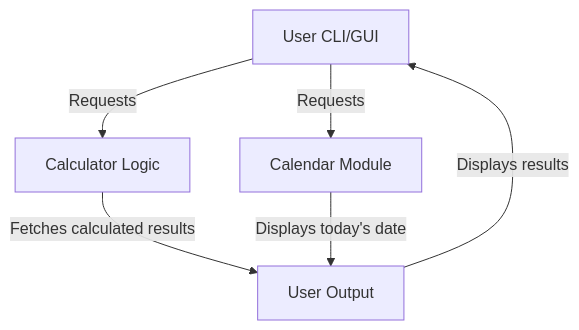
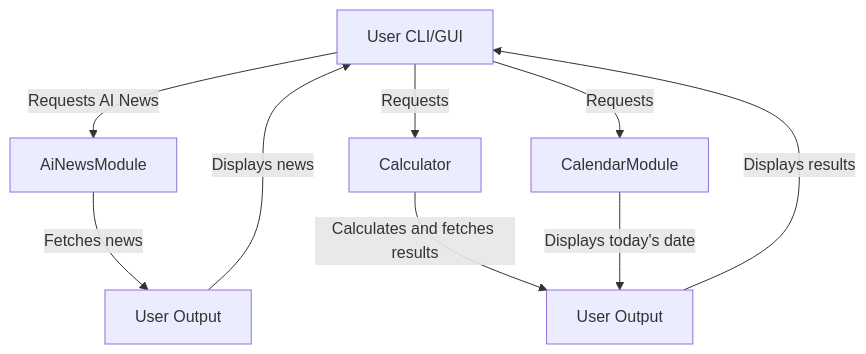
The diagram in docs/diagrams/architecture.mmd (thoaihcmc/docs-pipeline-e2e-test), drawn with Mermaid before and after one commit. The commit also changed 5 other files, not shown here.

Commit message:
docs: auto-generate FDD, BDD, ADD and diagrams for 951858041d687df93276b05ee9137ac673b80b59

````diff
--- a/docs/diagrams/architecture.mmd
+++ b/docs/diagrams/architecture.mmd
@@ -1,8 +1,11 @@
 ```mermaid  
 graph TD;  
-    A[User CLI/GUI] -->|Requests| B[Calculator Logic];  
-    B -->|Fetches calculated results| C[User Output];  
-    C -->|Displays results| A;  
-    A -->|Requests| D[Calendar Module];  
-    D -->|Displays today's date| C;
+    A[User CLI/GUI] -->|Requests AI News| B[AiNewsModule];  
+    B -->|Fetches news| C[User Output];  
+    C -->|Displays news| A;  
+    A -->|Requests| D[Calculator];  
+    D -->|Calculates and fetches results| E[User Output];  
+    E -->|Displays results| A;  
+    A -->|Requests| F[CalendarModule];  
+    F -->|Displays today's date| E;  
 ```
````
